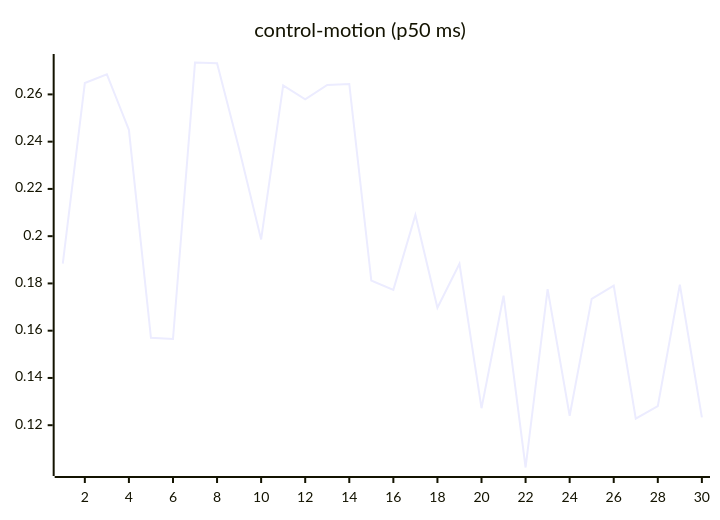
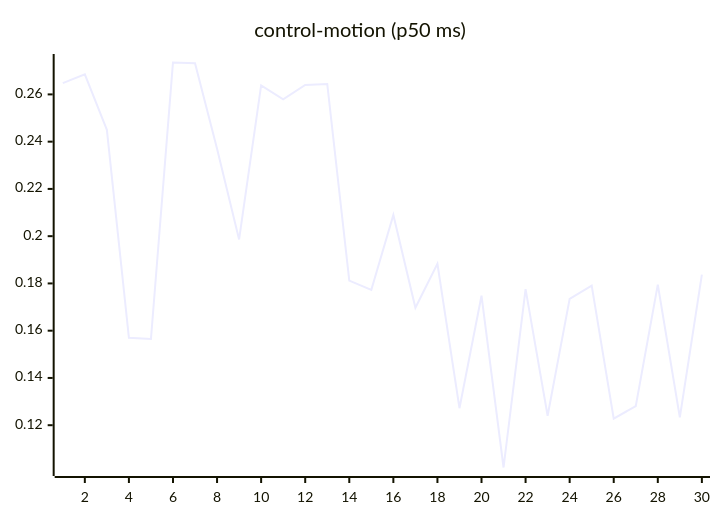
One commit to josha/Facet changed the seventh of 27 diagrams in README.md. Above: the diagram before and after it, drawn with Mermaid. The commit also changed other lines of this file and 2 other files, not shown here.

````diff
--- a/README.md
+++ b/README.md
@@ -105,6 +105,6 @@
 ```mermaid
 xychart-beta
     title "control-motion (p50 ms)"
     x-axis 1 --> 30
-    line [0.1884, 0.2648, 0.2685, 0.2450, 0.1570, 0.1565, 0.2735, 0.2732, 0.2370, 0.1986, 0.2638, 0.2579, 0.2640, 0.2644, 0.1812, 0.1773, 0.2090, 0.1697, 0.1883, 0.1272, 0.1748, 0.1021, 0.1776, 0.1240, 0.1735, 0.1791, 0.1228, 0.1281, 0.1795, 0.1233]
+    line [0.2648, 0.2685, 0.2450, 0.1570, 0.1565, 0.2735, 0.2732, 0.2370, 0.1986, 0.2638, 0.2579, 0.2640, 0.2644, 0.1812, 0.1773, 0.2090, 0.1697, 0.1883, 0.1272, 0.1748, 0.1021, 0.1776, 0.1240, 0.1735, 0.1791, 0.1228, 0.1281, 0.1795, 0.1233, 0.1837]
 ```
````
